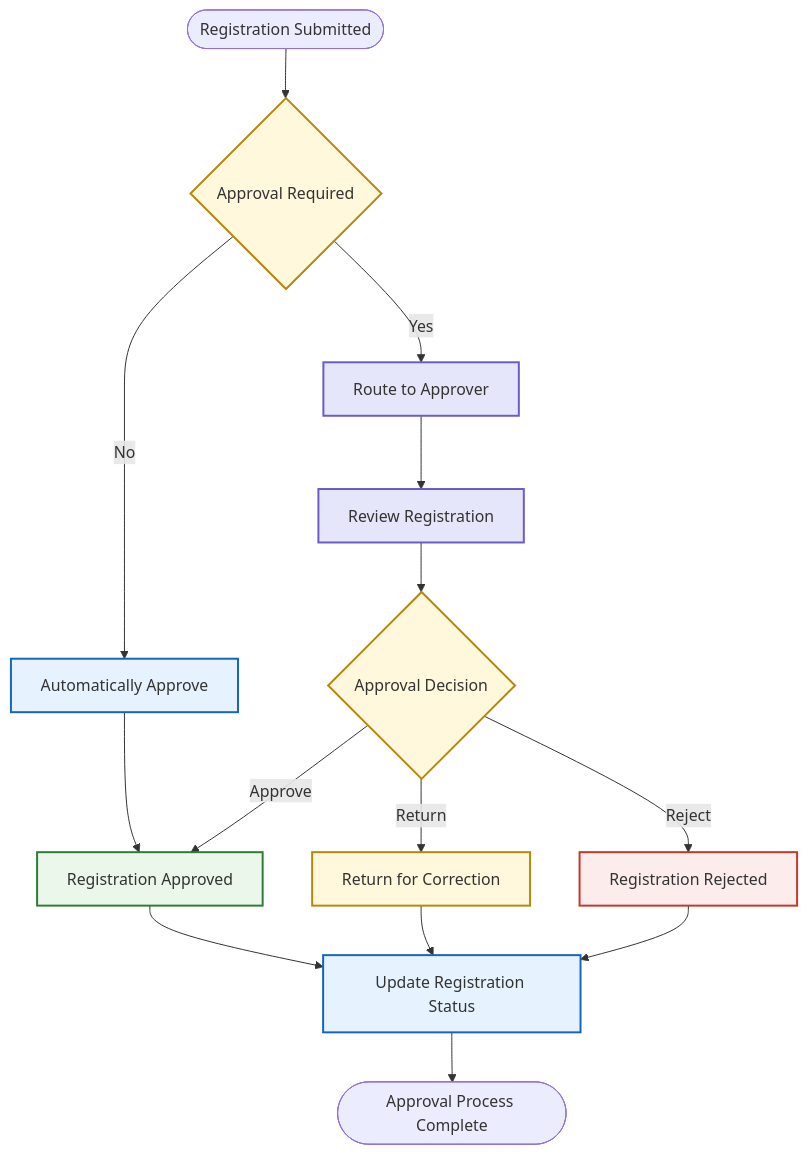
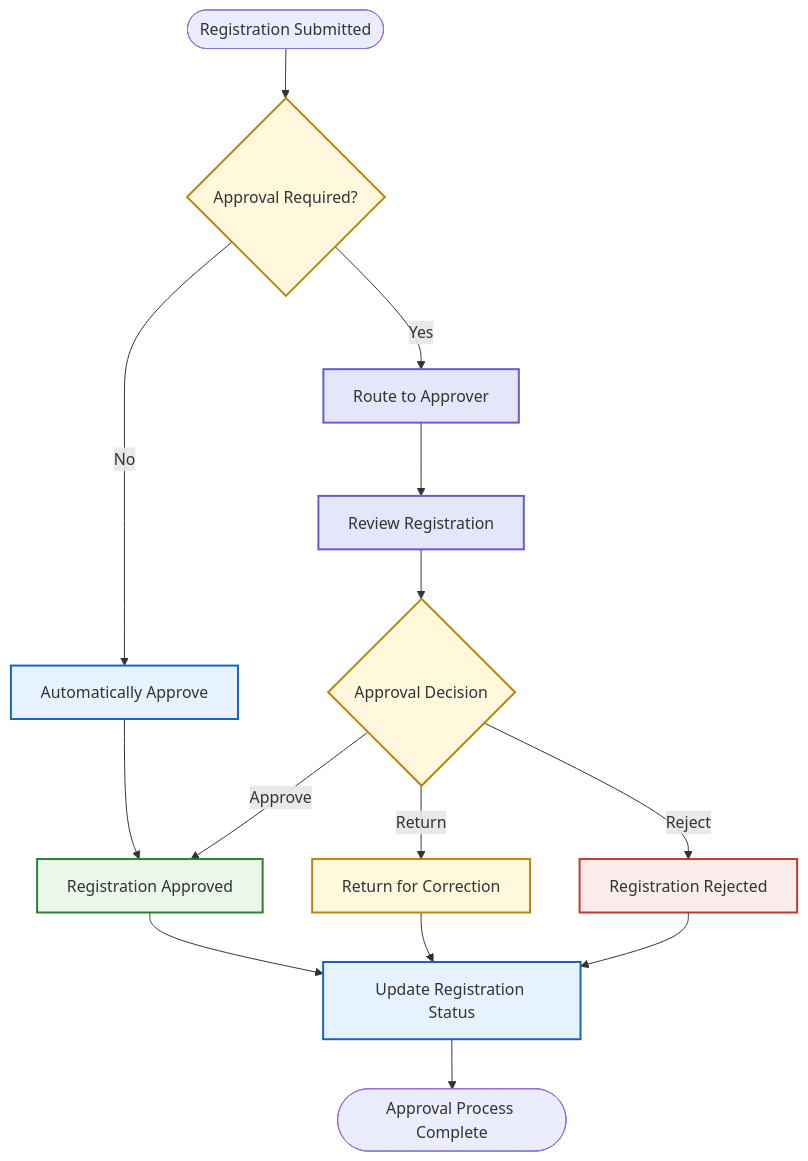
One commit to Varad1604/ERP_hark changed the tenth of 28 diagrams in architecture/L2_Domain_Workflow_Architecture/section-c/L2-C03_Student_Academic_Registration_Workflows.md. Above: the diagram before and after it, drawn with Mermaid. The commit also changed other lines of this file and 39 other files, not shown here.

````diff
--- a/architecture/L2_Domain_Workflow_Architecture/section-c/L2-C03_Student_Academic_Registration_Workflows.md
+++ b/architecture/L2_Domain_Workflow_Architecture/section-c/L2-C03_Student_Academic_Registration_Workflows.md
@@ -5834,63 +5835,63 @@
 ```mermaid
 flowchart TD
 
     START([Registration Submitted])
 
-    POLICY{"Approval Required"}
+    POLICY{"Approval Required?"}
 
     AUTO["Automatically Approve"]
 
     ROUTE["Route to Approver"]
 
     REVIEW["Review Registration"]
 
     DECISION{"Approval Decision"}
 
     APPROVED["Registration Approved"]
 
     RETURNED["Return for Correction"]
 
     REJECTED["Registration Rejected"]
 
     UPDATE["Update Registration Status"]
 
     END([Approval Process Complete])
 
     START --> POLICY
 
     POLICY -->|No| AUTO
     POLICY -->|Yes| ROUTE
 
     AUTO --> APPROVED
 
     ROUTE --> REVIEW
 
     REVIEW --> DECISION
 
     DECISION -->|Approve| APPROVED
     DECISION -->|Return| RETURNED
     DECISION -->|Reject| REJECTED
 
     APPROVED --> UPDATE
     RETURNED --> UPDATE
     REJECTED --> UPDATE
 
     UPDATE --> END
 
     %% Styling
 
     style POLICY fill:#FFF8DC,stroke:#B8860B,stroke-width:2px
     style DECISION fill:#FFF8DC,stroke:#B8860B,stroke-width:2px
 
     style ROUTE fill:#E6E6FA,stroke:#6A5ACD,stroke-width:2px
     style REVIEW fill:#E6E6FA,stroke:#6A5ACD,stroke-width:2px
 
     style AUTO fill:#E6F3FF,stroke:#1565C0,stroke-width:2px
     style UPDATE fill:#E6F3FF,stroke:#1565C0,stroke-width:2px
 
     style APPROVED fill:#EAF7EA,stroke:#2E7D32,stroke-width:2px
 
     style RETURNED fill:#FFF8DC,stroke:#B8860B,stroke-width:2px
 
     style REJECTED fill:#FDECEC,stroke:#C0392B,stroke-width:2px
 ```
````
